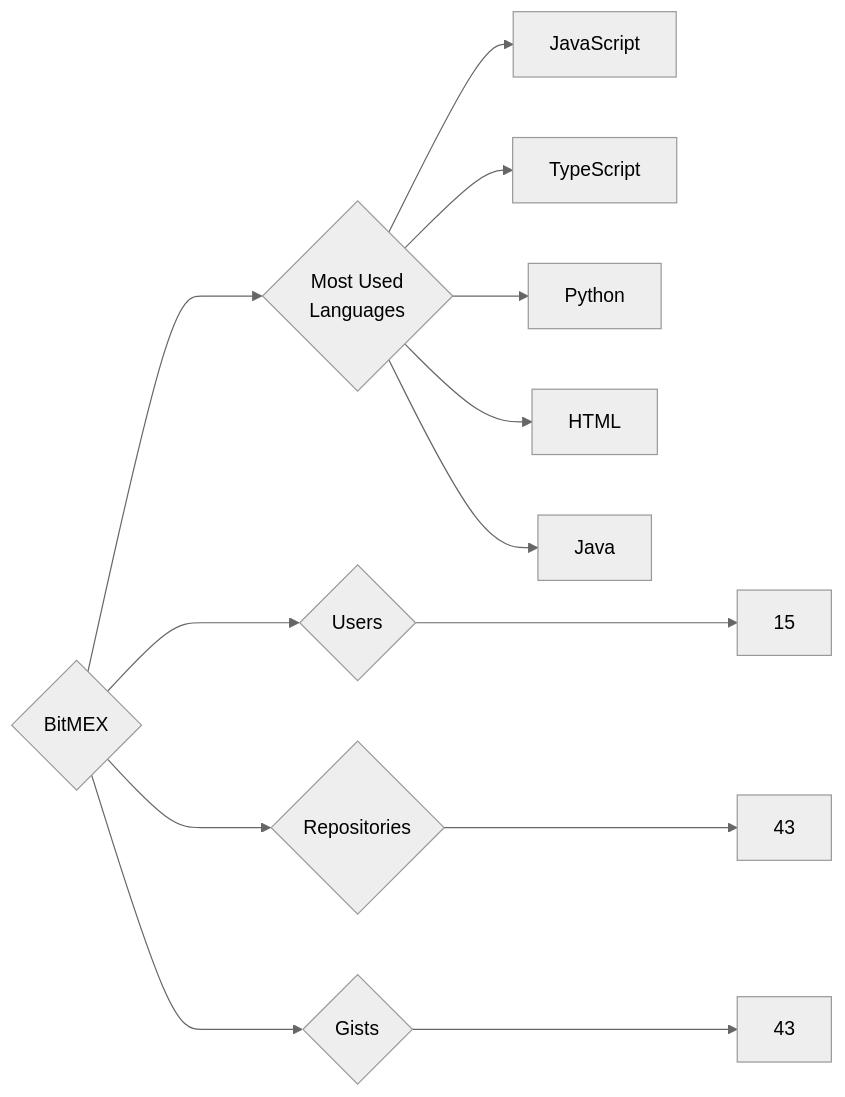
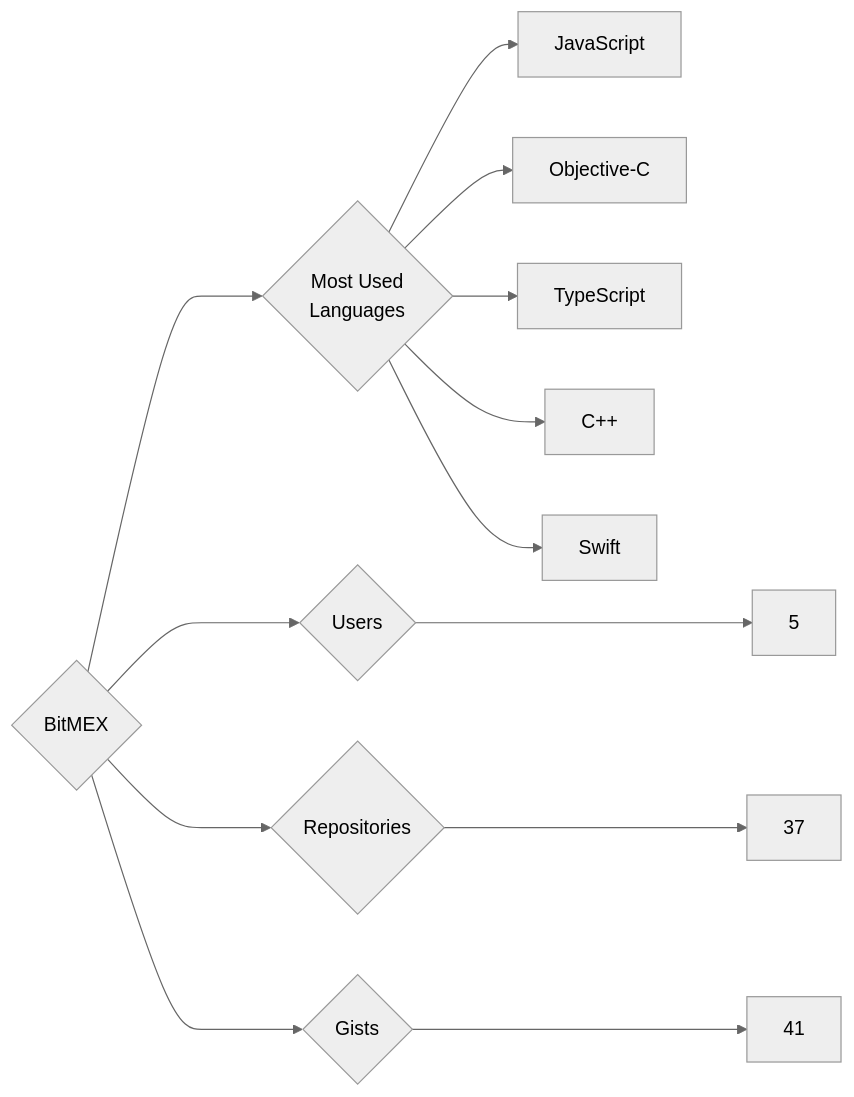
One commit to trickest/insiders changed the diagram in targets/BitMEX/README.md. Above: the diagram before and after it, drawn with Mermaid (neutral theme). The commit also changed 965 other files, not shown here.

````diff
--- a/targets/BitMEX/README.md
+++ b/targets/BitMEX/README.md
@@ -3,13 +3,13 @@
 ```mermaid
 graph LR
 COMPANY_NAME{BitMEX}
-COMPANY_NAME ---> U{Users} ---> UN[15]
-COMPANY_NAME ---> R{Repositories} ---> RN[43]
-COMPANY_NAME ---> G{Gists} ---> GN[43]
+COMPANY_NAME ---> U{Users} ---> UN[5]
+COMPANY_NAME ---> R{Repositories} ---> RN[37]
+COMPANY_NAME ---> G{Gists} ---> GN[41]
 COMPANY_NAME ---> ML{Most Used<br>Languages}
 ML --> JavaScript[JavaScript]
+ML --> Objective-C[Objective-C]
 ML --> TypeScript[TypeScript]
-ML --> Python[Python]
-ML --> HTML[HTML]
-ML --> Java[Java]
+ML --> C++[C++]
+ML --> Swift[Swift]
 ```
````
